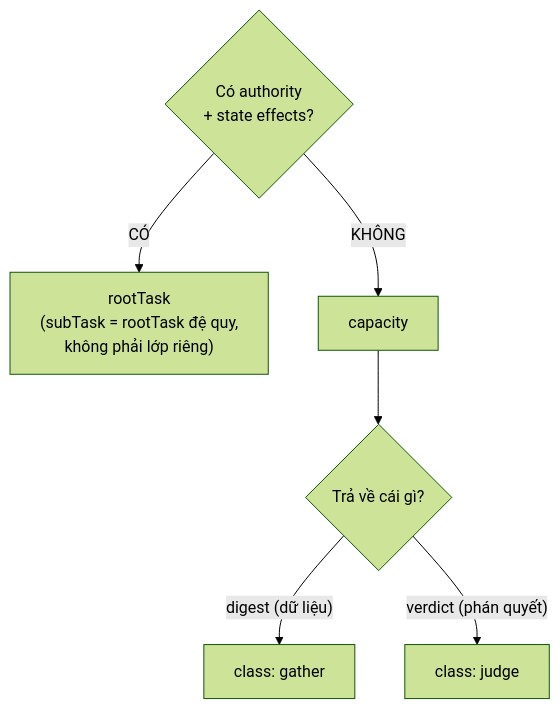
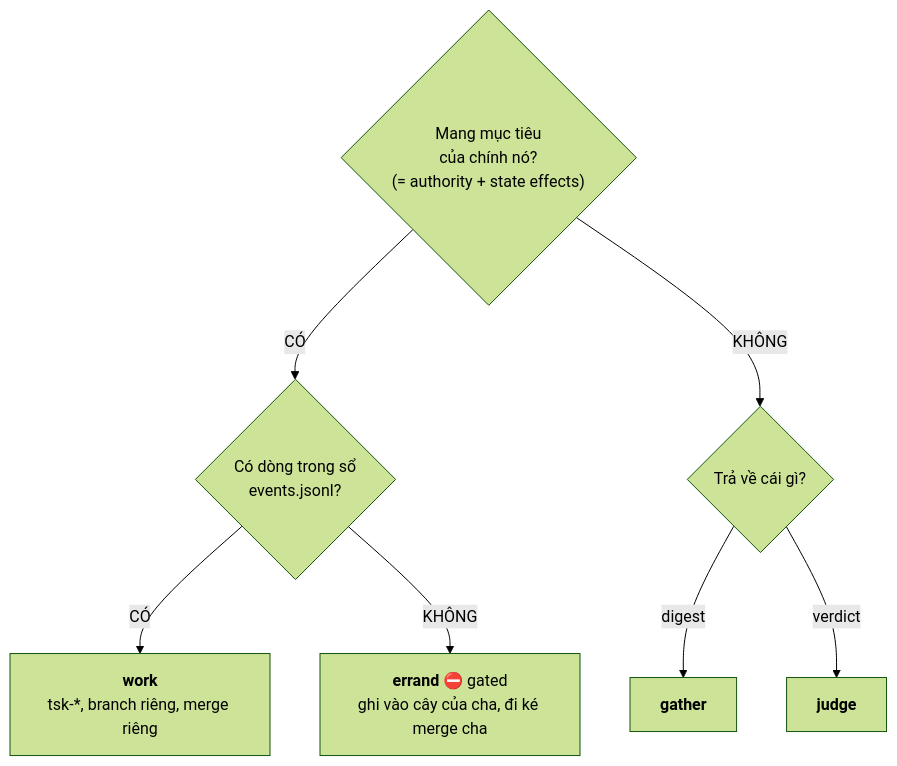
One commit to vantt/forgent changed the third of 3 diagrams in docs/history/dispatch-concept-boundary/DISCUSSION.md. Above: the diagram before and after it, drawn with Mermaid (forest theme). The commit also changed other lines of this file, not shown here.

````diff
--- a/docs/history/dispatch-concept-boundary/DISCUSSION.md
+++ b/docs/history/dispatch-concept-boundary/DISCUSSION.md
@@ -648,9 +622,10 @@
 ```mermaid
 flowchart TB
-    A{"Có authority<br/>+ state effects?"}
-    A -->|CÓ| R["rootTask<br/>(subTask = rootTask đệ quy,<br/>không phải lớp riêng)"]
-    A -->|KHÔNG| C["capacity"]
-    C --> B{"Trả về cái gì?"}
-    B -->|"digest (dữ liệu)"| G["class: gather"]
-    B -->|"verdict (phán quyết)"| J["class: judge"]
+    Q1{"Mang mục tiêu<br/>của chính nó?<br/>(= authority + state effects)"}
+    Q1 -->|CÓ| Q2A{"Có dòng trong sổ<br/>events.jsonl?"}
+    Q1 -->|KHÔNG| Q2B{"Trả về cái gì?"}
+    Q2A -->|CÓ| W["<b>work</b><br/>tsk-*, branch riêng, merge riêng"]
+    Q2A -->|KHÔNG| E["<b>errand</b> ⛔ gated<br/>ghi vào cây của cha, đi ké merge cha"]
+    Q2B -->|"digest"| G["<b>gather</b>"]
+    Q2B -->|"verdict"| J["<b>judge</b>"]
 ```
````
